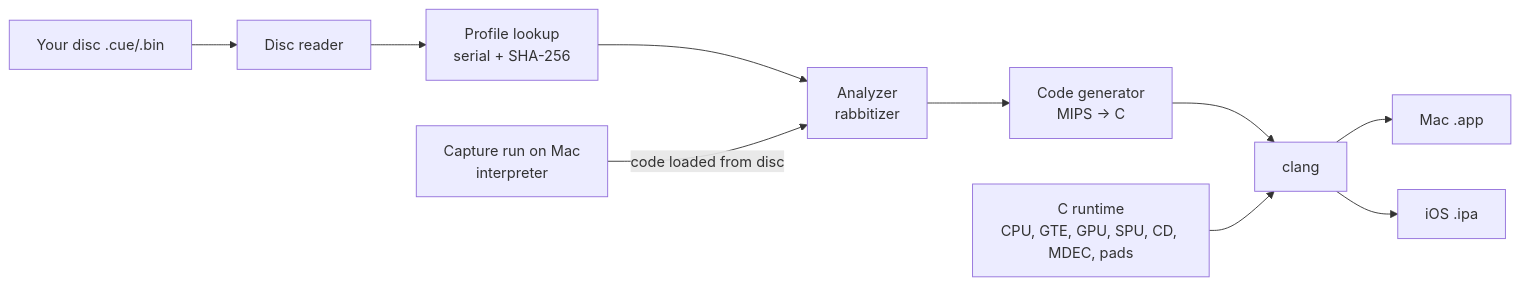
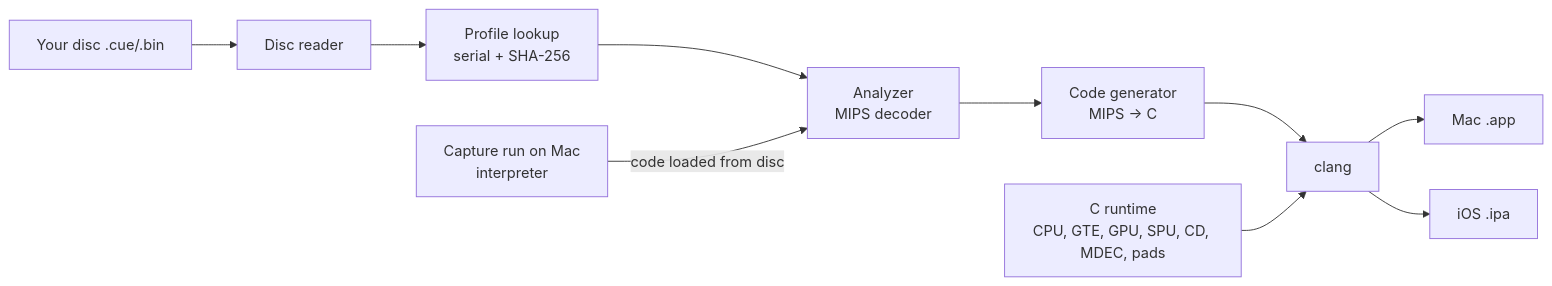
The diagram in plan.md (lukegskw/muyiunative), drawn with Mermaid before and after one commit. The commit also changed other lines of this file and 9 other files, not shown here.

````diff
--- a/plan.md
+++ b/plan.md
@@ -15,12 +15,12 @@
 ```mermaid
 flowchart LR
   D[Your disc .cue/.bin] --> R[Disc reader]
   R --> P[Profile lookup<br/>serial + SHA-256]
-  P --> A[Analyzer<br/>rabbitizer]
+  P --> A[Analyzer<br/>MIPS decoder]
   A --> G[Code generator<br/>MIPS → C]
   G --> C[clang]
   RT[C runtime<br/>CPU, GTE, GPU, SPU, CD, MDEC, pads] --> C
   C --> M[Mac .app]
   C --> I[iOS .ipa]
   H[Capture run on Mac<br/>interpreter] -->|code loaded from disc| A
 ```
````
